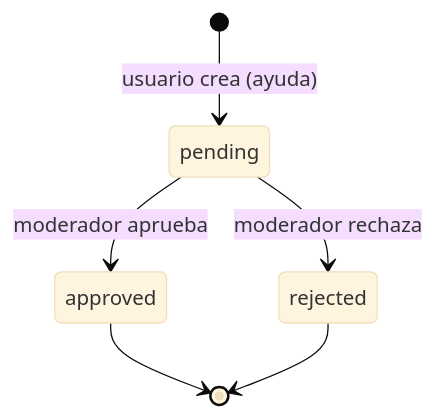
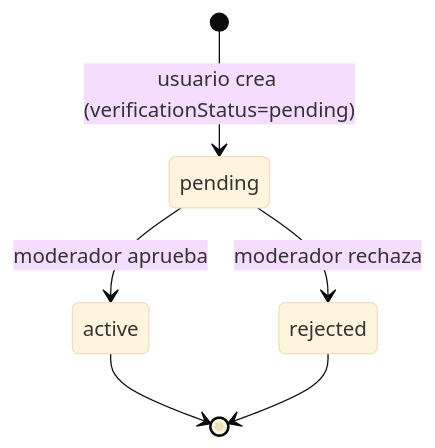
The third of 6 diagrams in docs/obsidian/Diagramas Mermaid.md (santigou/ayudaporcolombia), drawn with Mermaid (base theme) before and after one commit. The commit also changed other lines of this file and 62 other files, not shown here.

````diff
--- a/docs/obsidian/Diagramas Mermaid.md
+++ b/docs/obsidian/Diagramas Mermaid.md
@@ -50,8 +50,8 @@
 ```mermaid
 stateDiagram-v2
-    [*] --> pending: usuario crea (ayuda)
-    pending --> approved: moderador aprueba
+    [*] --> pending: usuario crea (verificationStatus=pending)
+    pending --> active: moderador aprueba
     pending --> rejected: moderador rechaza
-    approved --> [*]
+    active --> [*]
     rejected --> [*]
 ```
````
